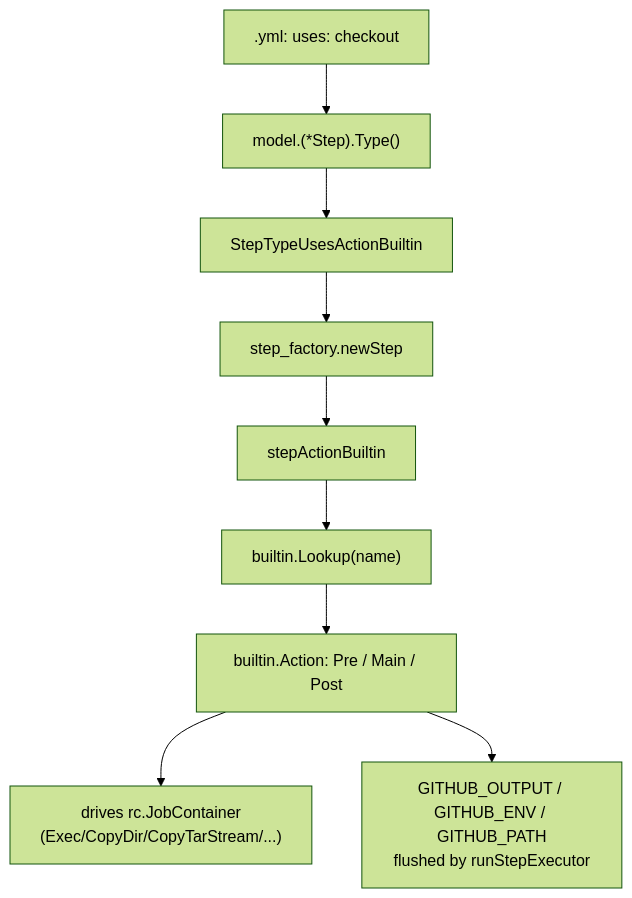
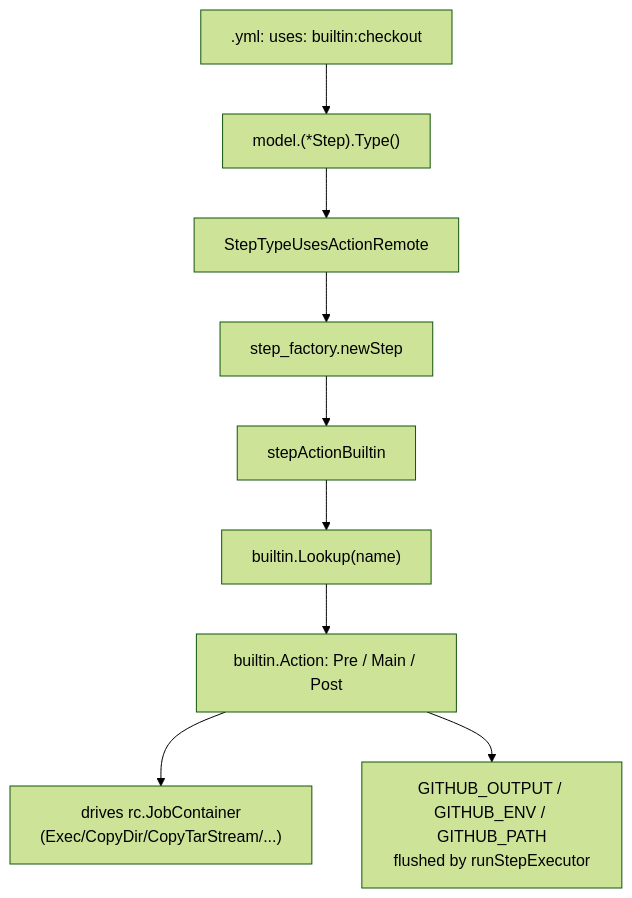
One commit to humeniukd/gitea-runner changed the diagram in docs/builtin-actions.md. Above: the diagram before and after it, drawn with Mermaid (forest theme). The commit also changed other lines of this file and 5 other files, not shown here.

````diff
--- a/docs/builtin-actions.md
+++ b/docs/builtin-actions.md
@@ -91,11 +91,11 @@
 ```mermaid
 flowchart TD
-  yml[".yml: uses: checkout"] --> typing["model.(*Step).Type()"]
-  typing --> builtinT["StepTypeUsesActionBuiltin"]
+  yml[".yml: uses: builtin:checkout"] --> typing["model.(*Step).Type()"]
+  typing --> builtinT["StepTypeUsesActionRemote"]
   builtinT --> factory["step_factory.newStep"]
   factory --> sab["stepActionBuiltin"]
   sab --> reg["builtin.Lookup(name)"]
   reg --> impl["builtin.Action: Pre / Main / Post"]
   impl --> drv["drives rc.JobContainer\n(Exec/CopyDir/CopyTarStream/...)"]
   impl --> envFiles["GITHUB_OUTPUT / GITHUB_ENV / GITHUB_PATH\nflushed by runStepExecutor"]
 ```
````
